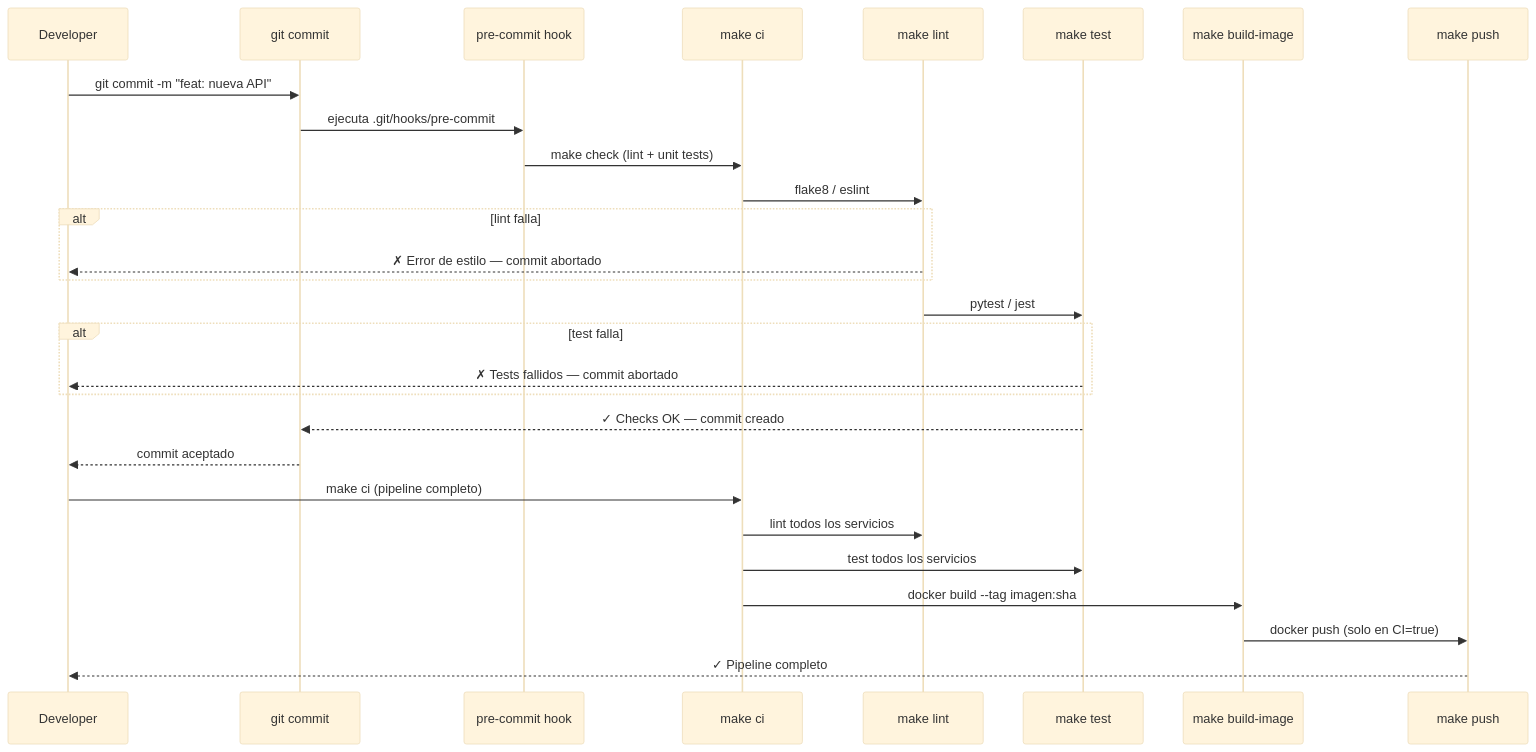
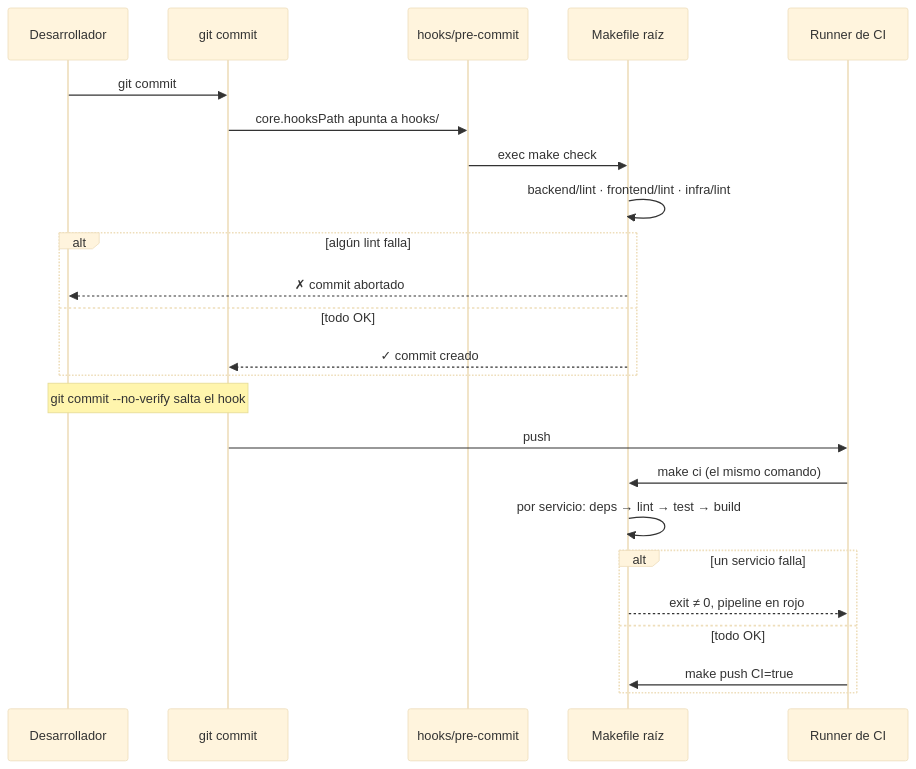
The diagram in bootcamp/week-14-proyecto_integrador/0-assets/02-flujo-pipeline-completo.md (ergrato-dev/bc-makefile), drawn with Mermaid (base theme) before and after one commit. The commit also changed other lines of this file and 110 other files, not shown here.

````diff
--- a/bootcamp/week-14-proyecto_integrador/0-assets/02-flujo-pipeline-completo.md
+++ b/bootcamp/week-14-proyecto_integrador/0-assets/02-flujo-pipeline-completo.md
@@ -3,32 +3,28 @@
 ```mermaid
 sequenceDiagram
-    participant DEV as Developer
+    participant DEV as Desarrollador
     participant GIT as git commit
-    participant HOOK as pre-commit hook
-    participant MAKE as make ci
-    participant LINT as make lint
-    participant TEST as make test
-    participant BUILD as make build-image
-    participant PUSH as make push
+    participant HOOK as hooks/pre-commit
+    participant MAKE as Makefile raíz
+    participant CI as Runner de CI
 
-    DEV->>GIT: git commit -m "feat: nueva API"
-    GIT->>HOOK: ejecuta .git/hooks/pre-commit
-    HOOK->>MAKE: make check (lint + unit tests)
-    MAKE->>LINT: flake8 / eslint
-    alt lint falla
-        LINT-->>DEV: ✗ Error de estilo — commit abortado
+    DEV->>GIT: git commit
+    GIT->>HOOK: core.hooksPath apunta a hooks/
+    HOOK->>MAKE: exec make check
+    MAKE->>MAKE: backend/lint · frontend/lint · infra/lint
+    alt algún lint falla
+        MAKE-->>DEV: ✗ commit abortado
+    else todo OK
+        MAKE-->>GIT: ✓ commit creado
     end
-    LINT->>TEST: pytest / jest
-    alt test falla
-        TEST-->>DEV: ✗ Tests fallidos — commit abortado
+    Note over DEV,GIT: git commit --no-verify salta el hook
+
+    GIT->>CI: push
+    CI->>MAKE: make ci (el mismo comando)
+    MAKE->>MAKE: por servicio: deps → lint → test → build
+    alt un servicio falla
+        MAKE-->>CI: exit ≠ 0, pipeline en rojo
+    else todo OK
+        CI->>MAKE: make push CI=true
     end
-    TEST-->>GIT: ✓ Checks OK — commit creado
-    GIT-->>DEV: commit aceptado
-
-    DEV->>MAKE: make ci (pipeline completo)
-    MAKE->>LINT: lint todos los servicios
-    MAKE->>TEST: test todos los servicios
-    MAKE->>BUILD: docker build --tag imagen:sha
-    BUILD->>PUSH: docker push (solo en CI=true)
-    PUSH-->>DEV: ✓ Pipeline completo
 ```
````
